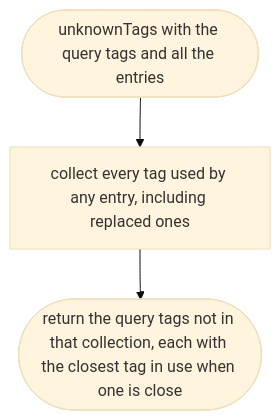
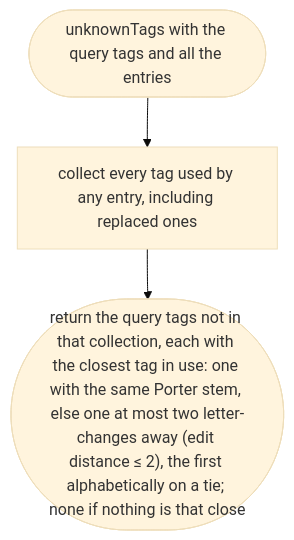
The second of 4 diagrams in docs/designs/tools/decisions/cli.md (NewDara-Star/world-engine), drawn with Mermaid (base theme) before and after one commit. The commit also changed other lines of this file and 4 other files, not shown here.

````diff
--- a/docs/designs/tools/decisions/cli.md
+++ b/docs/designs/tools/decisions/cli.md
@@ -46,8 +47,8 @@
 ```mermaid
 flowchart TD
   s(["unknownTags with the query tags and all the entries"])
   a["collect every tag used by any entry, including replaced ones"]
-  b(["return the query tags not in that collection, each with the closest tag in use when one is close"])
+  b(["return the query tags not in that collection, each with the closest tag in use: one with the same Porter stem, else one at most two letter-changes away (edit distance ≤ 2), the first alphabetically on a tie; none if nothing is that close"])
   s --> a
   a --> b
 ```
````
